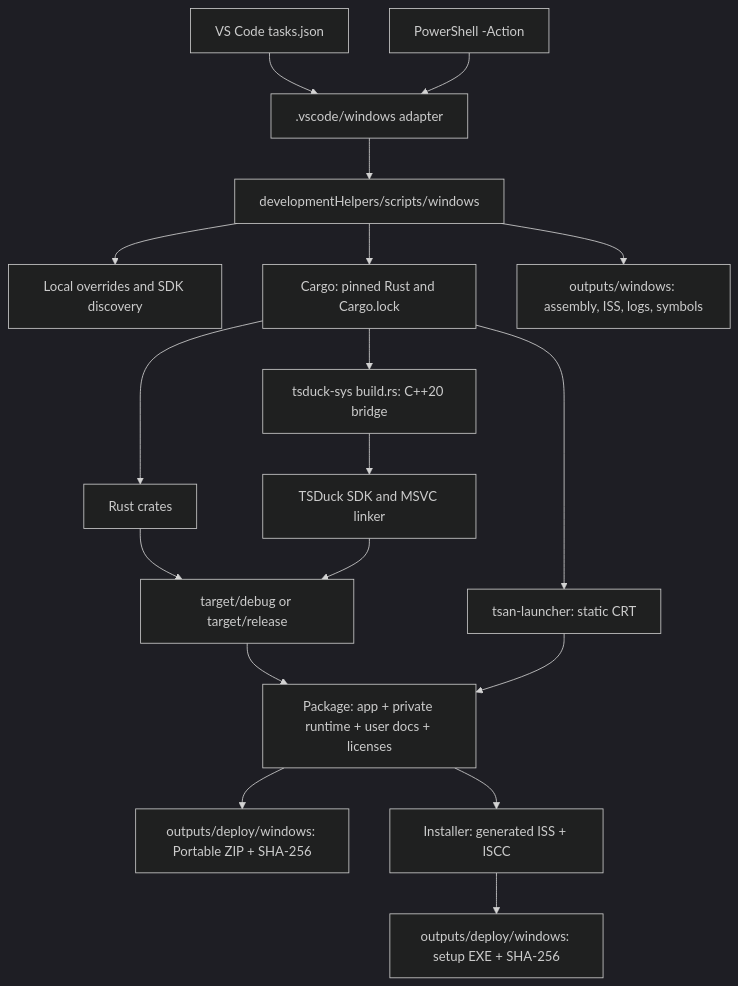
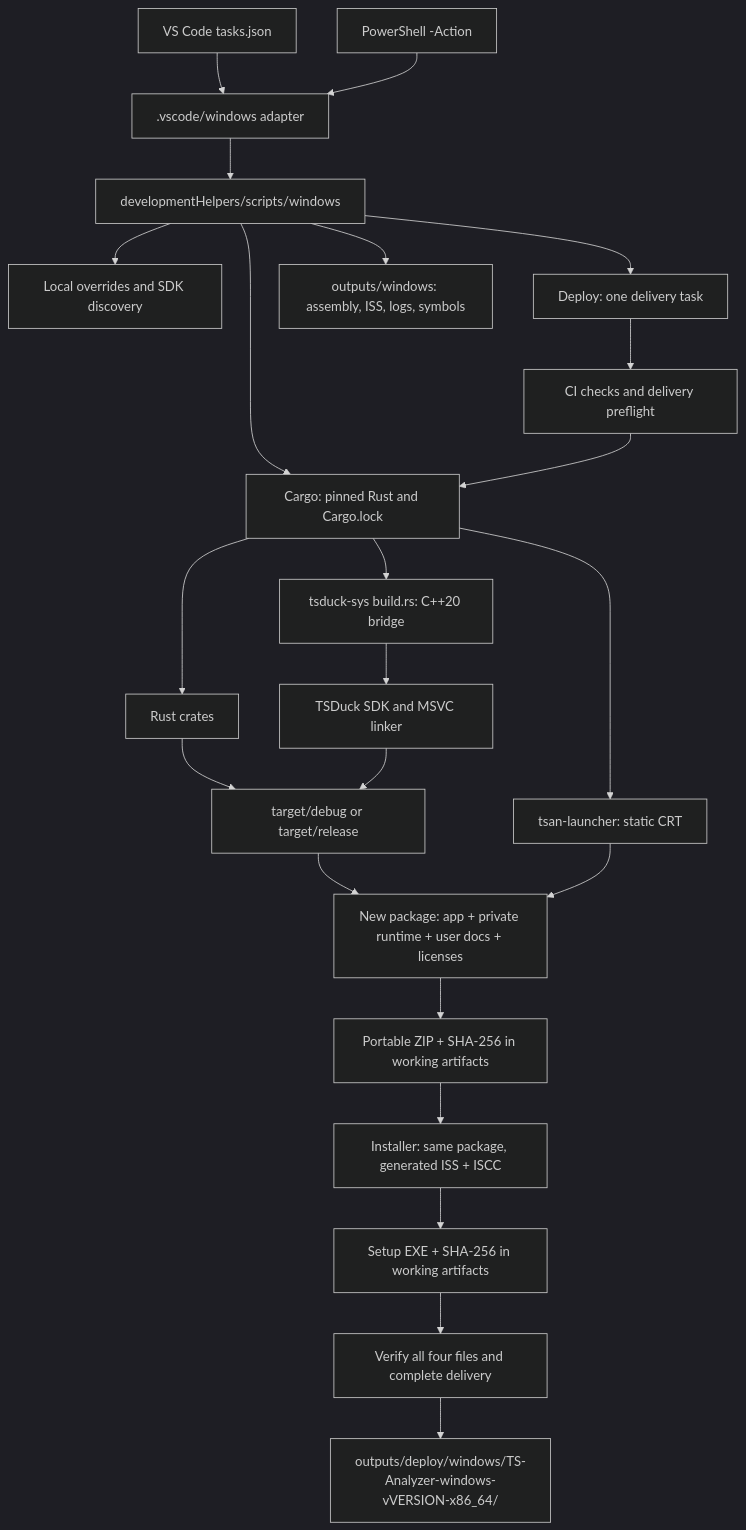
One commit to LunaticGhoulPiano/TS-Analyzer changed the first of 6 diagrams in docs/dev/sections/CH2_ProjectStructure.md. Above: the diagram before and after it, drawn with Mermaid (dark theme). The commit also changed other lines of this file and 8 other files, not shown here.

First line of the commit message:
fix(build): produce Windows deliverables in one task

```diff
--- a/docs/dev/sections/CH2_ProjectStructure.md
+++ b/docs/dev/sections/CH2_ProjectStructure.md
@@ -118,20 +118,25 @@
 ~~~mermaid
 flowchart TD
     editor["VS Code tasks.json"] --> adapter[".vscode/windows adapter"]
     shell["PowerShell -Action"] --> adapter
     adapter --> dev["developmentHelpers/scripts/windows"]
     dev --> config["Local overrides and SDK discovery"]
     dev --> cargo["Cargo: pinned Rust and Cargo.lock"]
     cargo --> rust["Rust crates"]
     cargo --> cpp["tsduck-sys build.rs: C++20 bridge"]
     cpp --> sdk["TSDuck SDK and MSVC linker"]
     rust --> binary["target/debug or target/release"]
     sdk --> binary
-    binary --> package["Package: app + private runtime + user docs + licenses"]
+    dev --> deploy["Deploy: one delivery task"]
+    deploy --> ci["CI checks and delivery preflight"]
+    ci --> cargo
+    binary --> package["New package: app + private runtime + user docs + licenses"]
     cargo --> launcher["tsan-launcher: static CRT"]
     launcher --> package
-    package --> zip["outputs/deploy/windows: Portable ZIP + SHA-256"]
-    package --> inno["Installer: generated ISS + ISCC"]
-    inno --> setup["outputs/deploy/windows: setup EXE + SHA-256"]
+    package --> zip["Portable ZIP + SHA-256 in working artifacts"]
+    zip --> inno["Installer: same package, generated ISS + ISCC"]
+    inno --> setup["Setup EXE + SHA-256 in working artifacts"]
+    setup --> complete["Verify all four files and complete delivery"]
+    complete --> delivery["outputs/deploy/windows/TS-Analyzer-windows-vVERSION-x86_64/"]
     dev --> work["outputs/windows: assembly, ISS, logs, symbols"]
 ~~~
```
